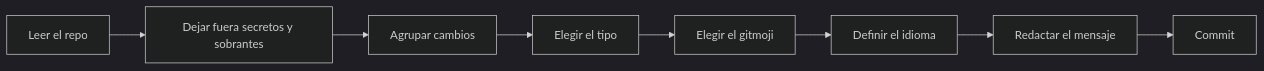
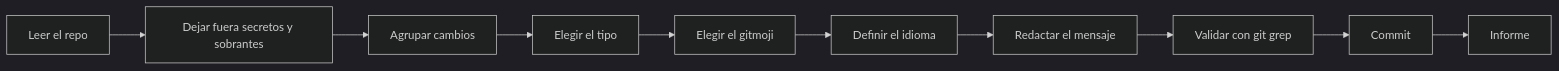
One commit to CXmiloxx/gitmoji-commits changed the diagram in README.es.md. Above: the diagram before and after it, drawn with Mermaid (dark theme). The commit also changed other lines of this file and 1 other file, not shown here.

First line of the commit message:
📝 docs(readme): plugin install, git checks and new layout

````diff
--- a/README.es.md
+++ b/README.es.md
@@ -102,10 +110,12 @@
 ```mermaid
 flowchart LR
     A[Leer el repo] --> S[Dejar fuera secretos y sobrantes]
     S --> B[Agrupar cambios]
     B --> C[Elegir el tipo]
     C --> D[Elegir el gitmoji]
     D --> E[Definir el idioma]
     E --> F[Redactar el mensaje]
-    F --> G[Commit]
+    F --> V[Validar con git grep]
+    V --> G[Commit]
+    G --> R[Informe]
 ```
````
